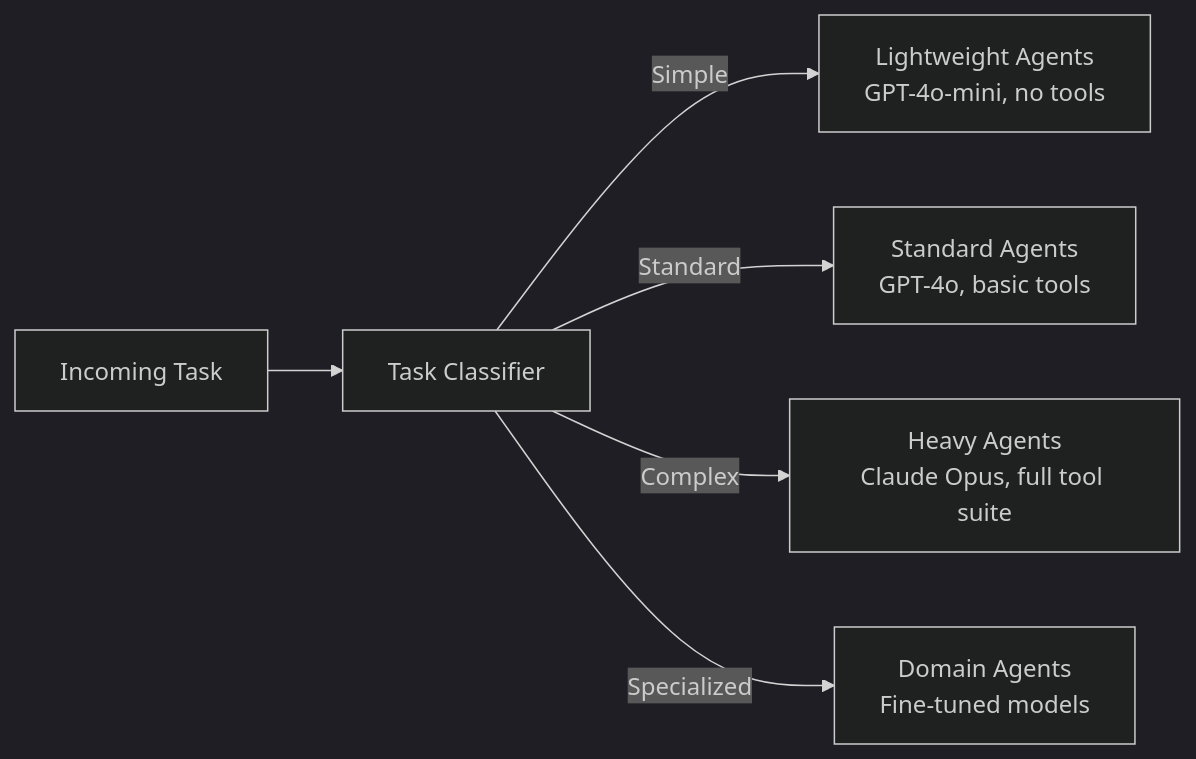
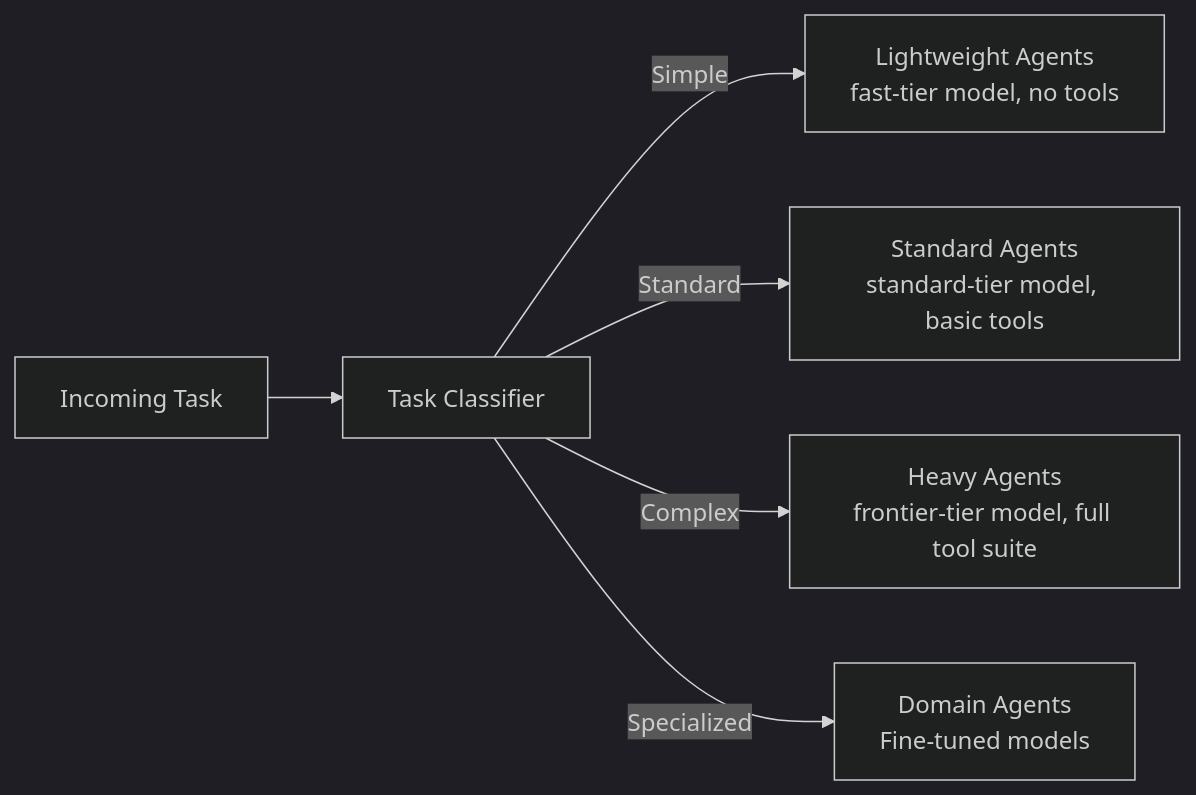
The second of 4 diagrams in docs/architecture-design/agent-orchestration-at-scale.md (spawn08/agentic-ai-interview-kit), drawn with Mermaid (dark theme) before and after one commit. The commit also changed other lines of this file and 150 other files, not shown here.

````diff
--- a/docs/architecture-design/agent-orchestration-at-scale.md
+++ b/docs/architecture-design/agent-orchestration-at-scale.md
@@ -219,8 +220,8 @@
 ```mermaid
 graph LR
     Input[Incoming Task] --> Classifier[Task Classifier]
-    Classifier -->|Simple| Pool1[Lightweight Agents<br/>GPT-4o-mini, no tools]
-    Classifier -->|Standard| Pool2[Standard Agents<br/>GPT-4o, basic tools]
-    Classifier -->|Complex| Pool3[Heavy Agents<br/>Claude Opus, full tool suite]
+    Classifier -->|Simple| Pool1[Lightweight Agents<br/>fast-tier model, no tools]
+    Classifier -->|Standard| Pool2[Standard Agents<br/>standard-tier model, basic tools]
+    Classifier -->|Complex| Pool3[Heavy Agents<br/>frontier-tier model, full tool suite]
     Classifier -->|Specialized| Pool4[Domain Agents<br/>Fine-tuned models]
 ```
````
